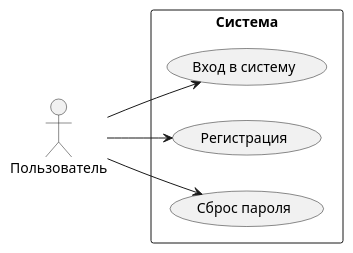
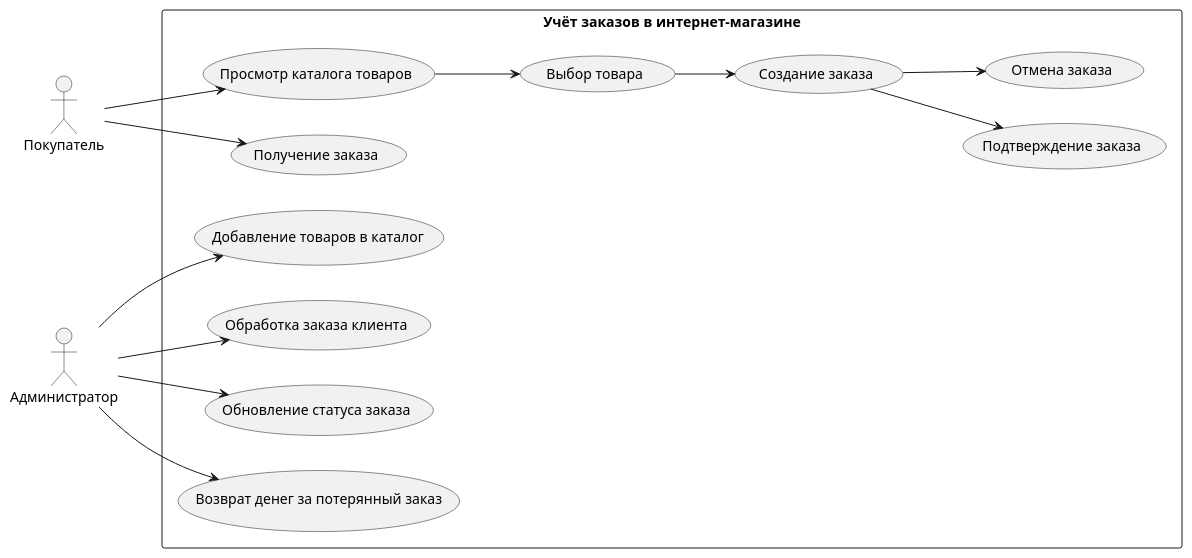
One commit to xpykket/ngtu_project_inf changed the diagram in docs_diagrams/uml.puml. Above: the diagram before and after it, drawn with PlantUML. The commit also changed 2 other files, not shown here.

```diff
--- a/docs_diagrams/uml.puml
+++ b/docs_diagrams/uml.puml
@@ -1,13 +1,36 @@
 @startuml
 left to right direction
 skinparam packageStyle rectangle
-actor "Пользователь" as User
-package "Система" {
-    usecase "Вход в систему" as UC_Login
-    usecase "Регистрация" as UC_Register
-    usecase "Сброс пароля" as UC_Reset
+
+actor Покупатель
+actor Администратор
+
+package "Учёт заказов в интернет-магазине" {
+  usecase "Просмотр каталога товаров" as U1
+  usecase "Выбор товара" as U2
+  usecase "Создание заказа" as U3
+  usecase "Подтверждение заказа" as U4
+  usecase "Отмена заказа" as U5
+  usecase "Получение заказа" as U6
+
+  usecase "Добавление товаров в каталог" as U7
+  usecase "Обработка заказа клиента" as U8
+  usecase "Обновление статуса заказа" as U9
+  usecase "Возврат денег за потерянный заказ" as U10
 }
-User --> UC_Login
-User --> UC_Register
-User --> UC_Reset
+
+Покупатель --> U1
+Покупатель --> U6
+
+
+Администратор --> U7
+Администратор --> U8
+Администратор --> U9
+Администратор --> U10
+
+U1 --> U2
+U2 --> U3
+U3 --> U4
+U3 --> U5
+
 @enduml
```
